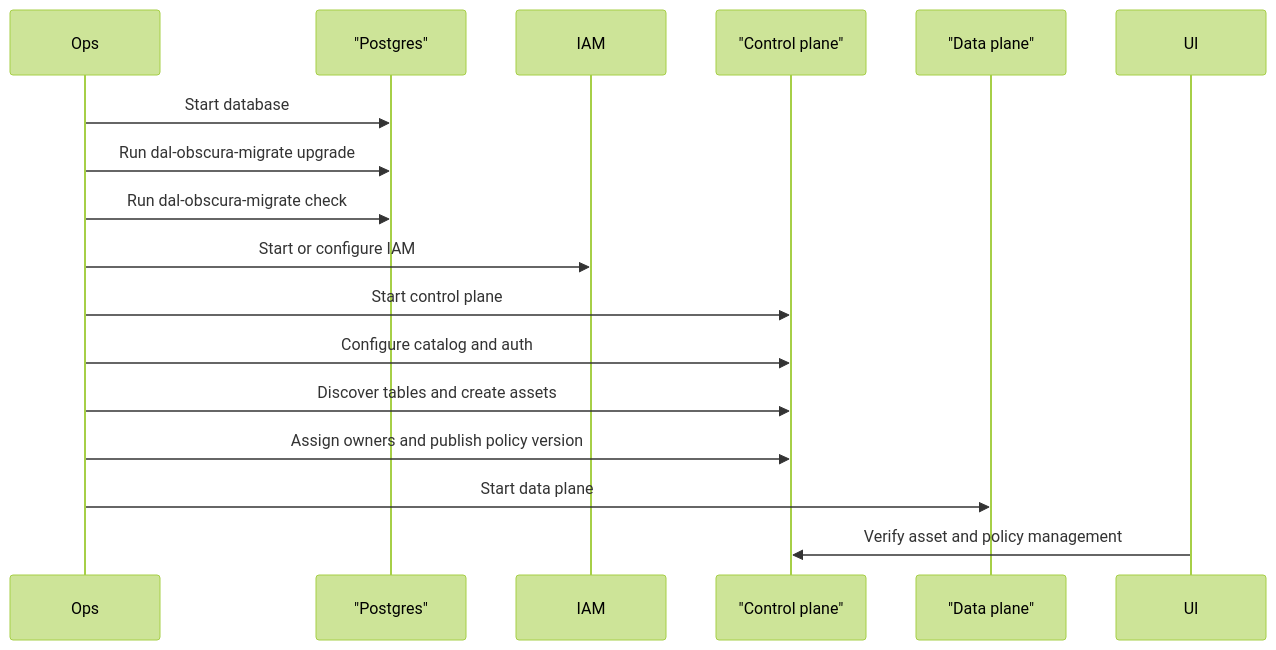
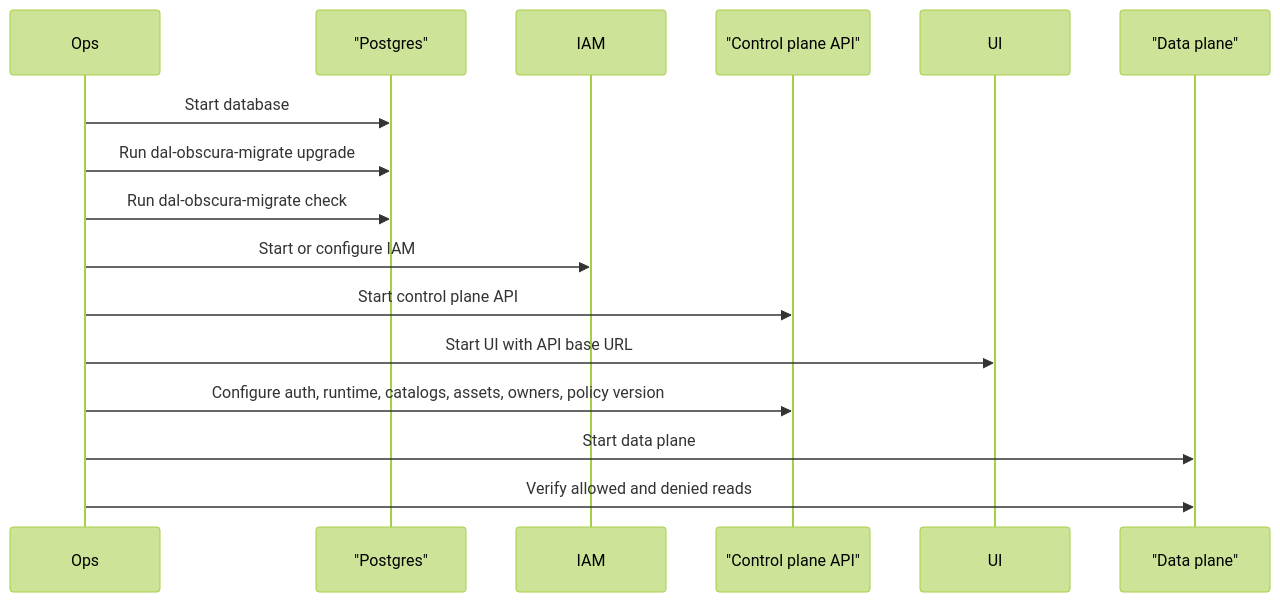
The second of 2 diagrams in docs/operators.md (snithish/dal-obscura), drawn with Mermaid (forest theme) before and after one commit. The commit also changed other lines of this file and 10 other files, not shown here.

````diff
--- a/docs/operators.md
+++ b/docs/operators.md
@@ -82,20 +93,19 @@
 ```mermaid
 sequenceDiagram
     participant Ops
     participant DB as "Postgres"
     participant IAM
-    participant CP as "Control plane"
+    participant CP as "Control plane API"
+    participant UI
     participant DP as "Data plane"
-    participant UI
 
     Ops->>DB: Start database
     Ops->>DB: Run dal-obscura-migrate upgrade
     Ops->>DB: Run dal-obscura-migrate check
     Ops->>IAM: Start or configure IAM
-    Ops->>CP: Start control plane
-    Ops->>CP: Configure catalog and auth
-    Ops->>CP: Discover tables and create assets
-    Ops->>CP: Assign owners and publish policy version
+    Ops->>CP: Start control plane API
+    Ops->>UI: Start UI with API base URL
+    Ops->>CP: Configure auth, runtime, catalogs, assets, owners, policy version
     Ops->>DP: Start data plane
-    UI->>CP: Verify asset and policy management
+    Ops->>DP: Verify allowed and denied reads
 ```
````
